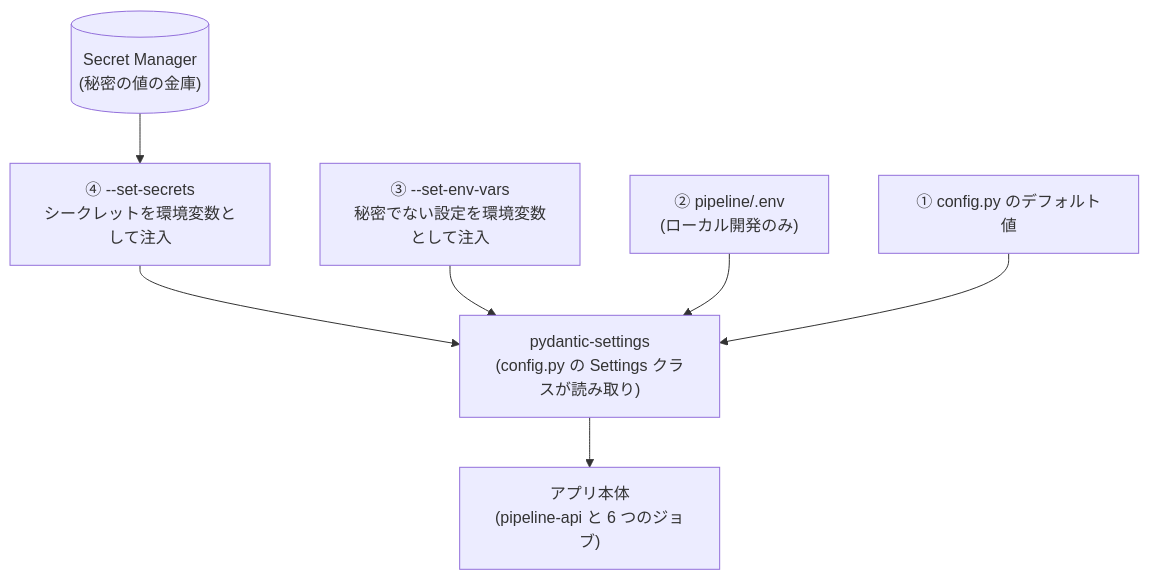
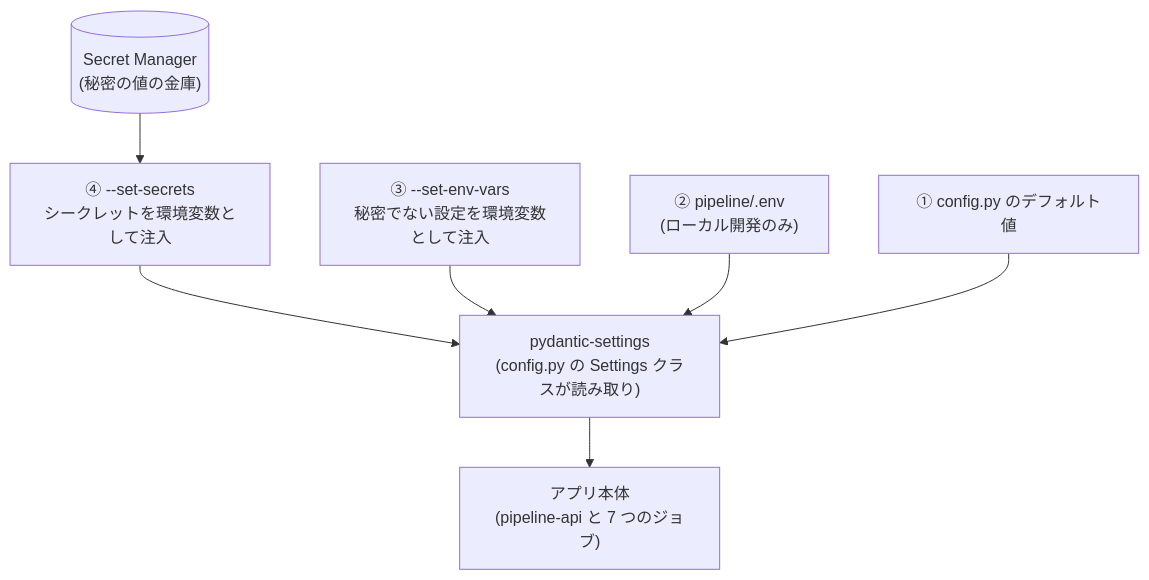
One commit to moc9058/trend-news-generator changed the diagram in docs/tech-report/04-parameters.md. Above: the diagram before and after it, drawn with Mermaid. The commit also changed other lines of this file and 41 other files, not shown here.

````diff
--- a/docs/tech-report/04-parameters.md
+++ b/docs/tech-report/04-parameters.md
@@ -35,16 +35,16 @@
 ```mermaid
 flowchart TB
     SM[("Secret Manager<br>(秘密の値の金庫)")]
     L4["④ --set-secrets<br>シークレットを環境変数として注入"]
     L3["③ --set-env-vars<br>秘密でない設定を環境変数として注入"]
     L2["② pipeline/.env<br>(ローカル開発のみ)"]
     L1["① config.py のデフォルト値"]
     PS["pydantic-settings<br>(config.py の Settings クラスが読み取り)"]
-    APP["アプリ本体<br>(pipeline-api と 6 つのジョブ)"]
+    APP["アプリ本体<br>(pipeline-api と 7 つのジョブ)"]
     SM --> L4
     L4 --> PS
     L3 --> PS
     L2 --> PS
     L1 --> PS
     PS --> APP
 ```
````
